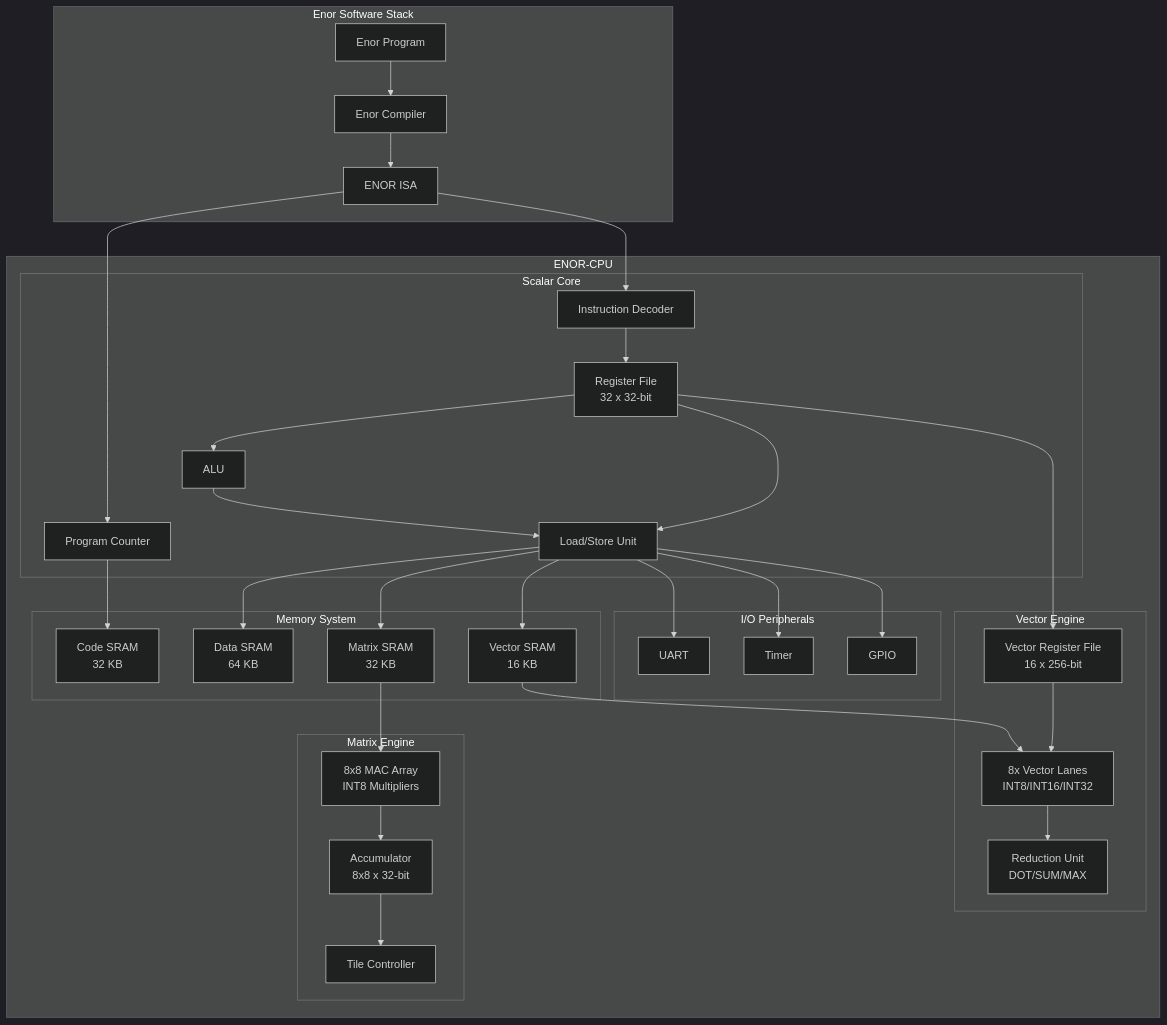
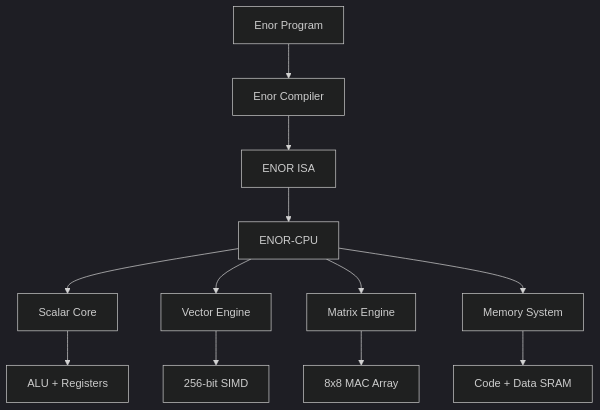
One commit to Feroan101/Enor-CPU changed the first of 2 diagrams in README.md. Above: the diagram before and after it, drawn with Mermaid (dark theme). The commit also changed other lines of this file, not shown here.

Commit message:
docs: simplify Mermaid diagrams
Reduce diagram complexity for better readability.
Architecture shows main blocks, datapath shows 5 pipeline stages.

````diff
--- a/README.md
+++ b/README.md
@@ -13,63 +13,14 @@
 ```mermaid
-graph TB
-    subgraph "Enor Software Stack"
-        A[Enor Program] --> B[Enor Compiler]
-        B --> C[ENOR ISA]
-    end
-
-    subgraph "ENOR-CPU"
-        subgraph "Scalar Core"
-            D[Program Counter]
-            E[Instruction Decoder]
-            F[Register File<br/>32 x 32-bit]
-            G[ALU]
-            H[Load/Store Unit]
-        end
-
-        subgraph "Vector Engine"
-            I[Vector Register File<br/>16 x 256-bit]
-            J[8x Vector Lanes<br/>INT8/INT16/INT32]
-            K[Reduction Unit<br/>DOT/SUM/MAX]
-        end
-
-        subgraph "Matrix Engine"
-            L[8x8 MAC Array<br/>INT8 Multipliers]
-            M[Accumulator<br/>8x8 x 32-bit]
-            N[Tile Controller]
-        end
-
-        subgraph "Memory System"
-            O[Code SRAM<br/>32 KB]
-            P[Data SRAM<br/>64 KB]
-            Q[Matrix SRAM<br/>32 KB]
-            R[Vector SRAM<br/>16 KB]
-        end
-
-        subgraph "I/O Peripherals"
-            S[UART]
-            T[Timer]
-            U[GPIO]
-        end
-    end
-
-    C --> D
-    C --> E
-    D --> O
-    E --> F
-    F --> G
-    F --> H
-    H --> P
-    H --> Q
-    H --> R
-    G --> H
-    F --> I
-    I --> J
-    J --> K
-    L --> M
-    M --> N
-    Q --> L
-    R --> J
-    H --> S
-    H --> T
-    H --> U
+graph TD
+    A[Enor Program] --> B[Enor Compiler]
+    B --> C[ENOR ISA]
+    C --> D[ENOR-CPU]
+    D --> E[Scalar Core]
+    D --> F[Vector Engine]
+    D --> G[Matrix Engine]
+    D --> H[Memory System]
+    E --> I[ALU + Registers]
+    F --> J[256-bit SIMD]
+    G --> K[8x8 MAC Array]
+    H --> L[Code + Data SRAM]
 ```
````
